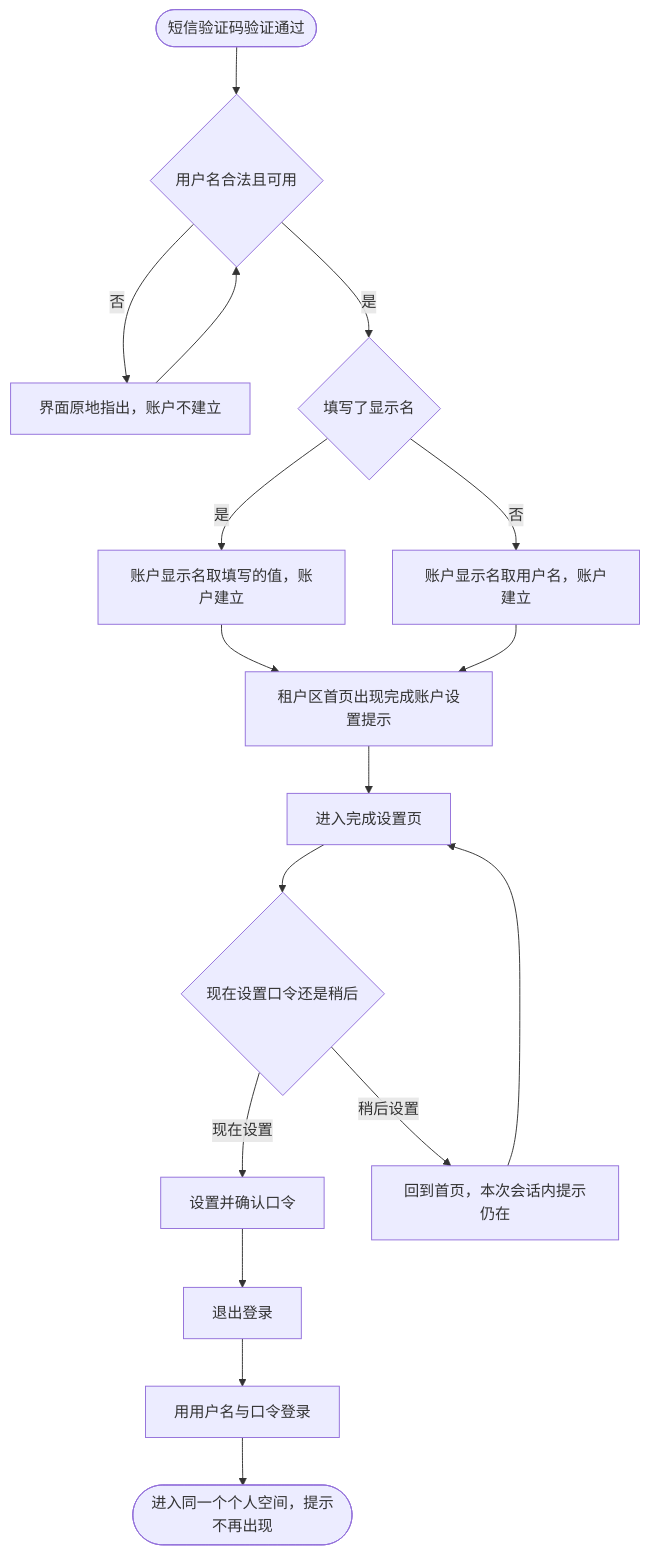
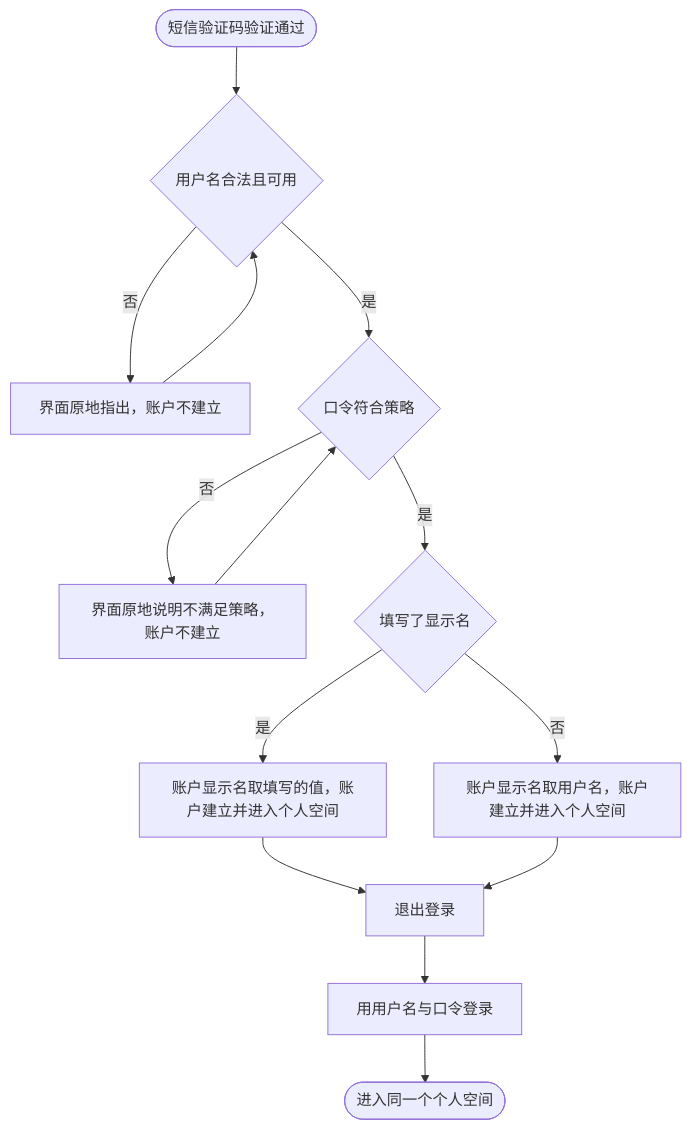
Before and after one commit to wangzw/speed: the diagram in docs/prd/journeys/journey-sms-signup-to-password-login.md, drawn with Mermaid. The commit also changed other lines of this file and 12 other files, not shown here.

````diff
--- a/docs/prd/journeys/journey-sms-signup-to-password-login.md
+++ b/docs/prd/journeys/journey-sms-signup-to-password-login.md
@@ -52,19 +44,16 @@
 ```mermaid
 flowchart TD
     A([短信验证码验证通过]) --> U{用户名合法且可用}
     U -->|否| R[界面原地指出，账户不建立]
     R --> U
-    U -->|是| N{填写了显示名}
-    N -->|是| B[账户显示名取填写的值，账户建立]
-    N -->|否| P[账户显示名取用户名，账户建立]
-    B --> Q[租户区首页出现完成账户设置提示]
-    P --> Q
-    Q --> C[进入完成设置页]
-    C --> D{现在设置口令还是稍后}
-    D -->|现在设置| E[设置并确认口令]
-    E --> F[退出登录]
+    U -->|是| P{口令符合策略}
+    P -->|否| RP[界面原地说明不满足策略，账户不建立]
+    RP --> P
+    P -->|是| N{填写了显示名}
+    N -->|是| B[账户显示名取填写的值，账户建立并进入个人空间]
+    N -->|否| Q[账户显示名取用户名，账户建立并进入个人空间]
+    B --> F[退出登录]
+    Q --> F
     F --> G[用用户名与口令登录]
-    G --> H([进入同一个个人空间，提示不再出现])
-    D -->|稍后设置| I[回到首页，本次会话内提示仍在]
-    I --> C
+    G --> H([进入同一个个人空间])
 ```
````
